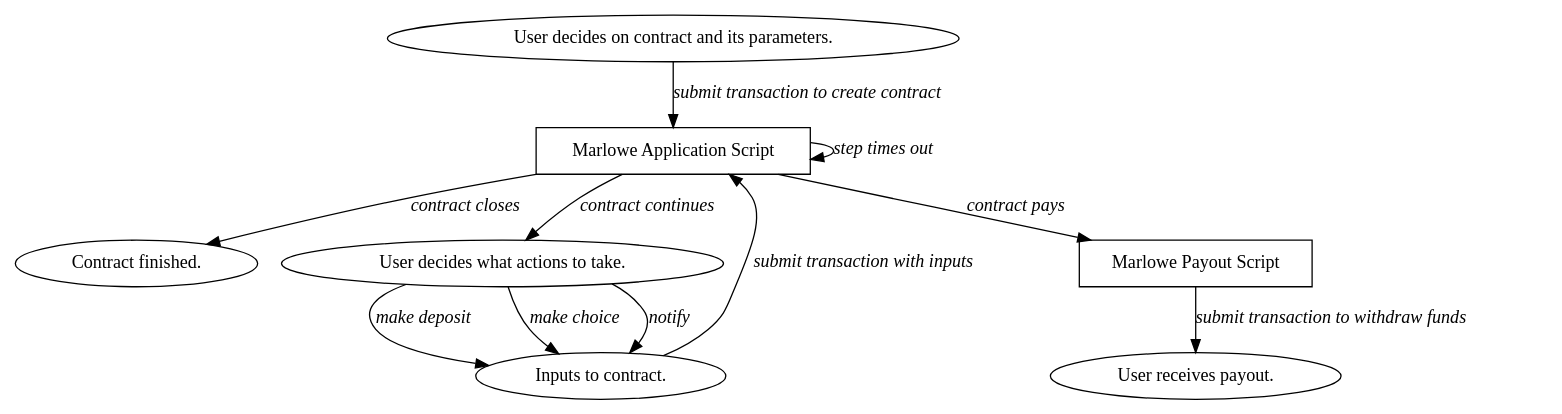
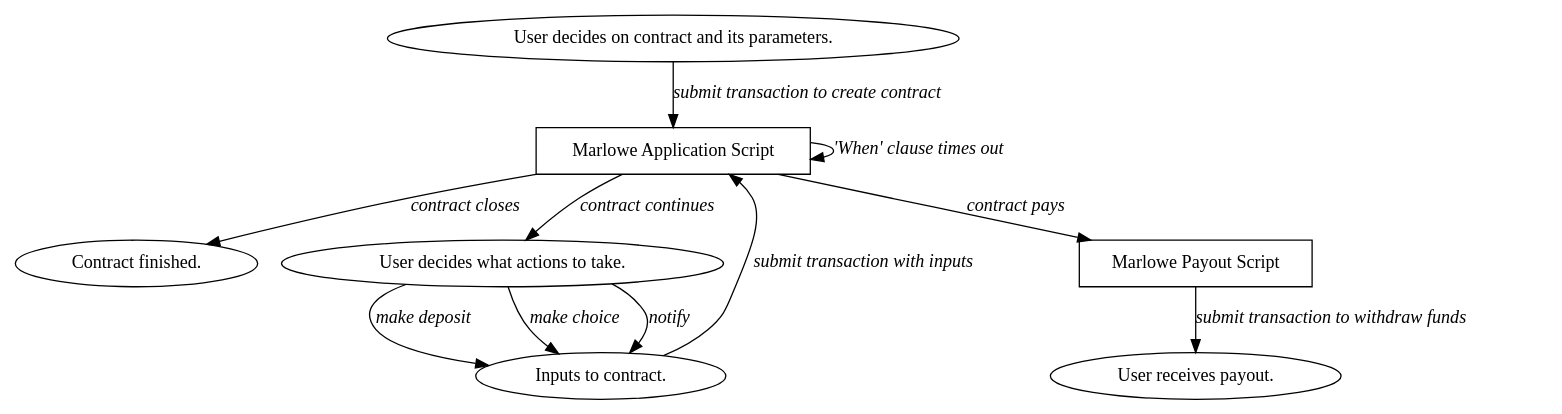
The diagram in diagrams/lifecycle.dot (input-output-hk/real-world-marlowe), drawn with Graphviz before and after one commit. The commit also changed 22 other files, not shown here.

```diff
--- a/diagrams/lifecycle.dot
+++ b/diagrams/lifecycle.dot
@@ -1,48 +1,48 @@
 digraph Lifecycle {
 
 
 node [shape=box]
 
 
 UserSelect [shape=oval label="User decides on contract and its parameters."]
 
 
 ApplicationScript [label="Marlowe Application Script"]
 
 UserSelect -> ApplicationScript [label=<<i>submit transaction to create contract</i>>]
 
-ApplicationScript-> ApplicationScript [label=<<i>step times out</i>>]
+ApplicationScript-> ApplicationScript [label=<<i>'When' clause times out</i>>]
 
 
 Close [shape=oval label="Contract finished."]
 
 ApplicationScript -> Close [label=<<i>contract closes</i>>]
 
 
 UserDecide [shape=oval label="User decides what actions to take."]
 
 ApplicationScript -> UserDecide [label=<<i>contract continues</i>>]
 
 
 Inputs [shape=oval label="Inputs to contract."]
 
 UserDecide -> Inputs [label=<<i>make deposit</i>>]
 
 UserDecide -> Inputs [label=<<i>make choice</i>>]
 
 UserDecide -> Inputs [label=<<i>notify</i>>]
 
 Inputs -> ApplicationScript [label=<<i>submit transaction with inputs</i>>]
 
 
 PayoutScript [label="Marlowe Payout Script"]
 
 ApplicationScript -> PayoutScript [label=<<i>contract pays</i>>]
 
 
 UserFunds [shape=oval label="User receives payout."]
 
 PayoutScript -> UserFunds [label=<<i>submit transaction to withdraw funds</i>>]
 
 
 }
```
